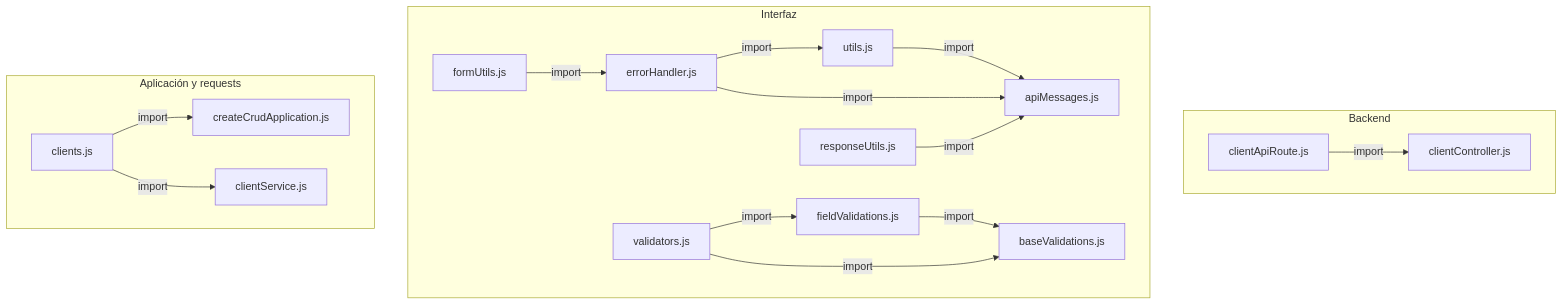
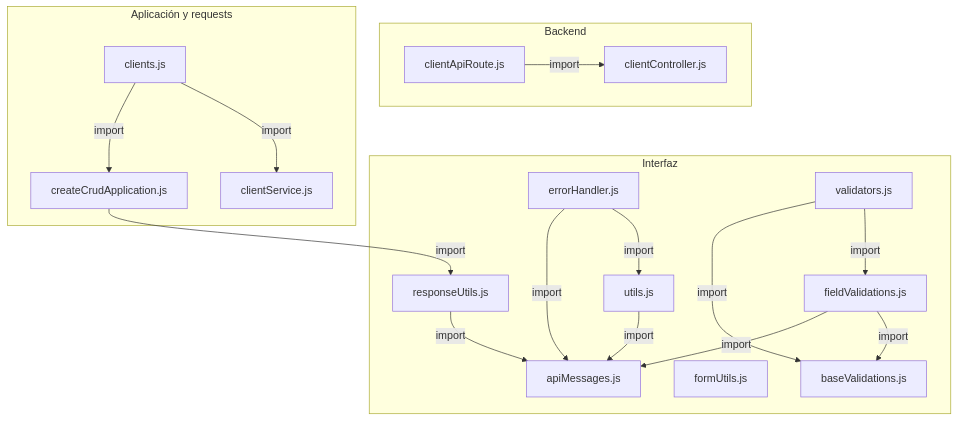
Before and after one commit to gpgsistemas01/nexus: the first of 2 diagrams in docs/architecture/views/processes/frontend-code-sequences/catalogs/cu-cat-07.md, drawn with Mermaid. The commit also changed 200 other files, not shown here.

````diff
--- a/docs/architecture/views/processes/frontend-code-sequences/catalogs/cu-cat-07.md
+++ b/docs/architecture/views/processes/frontend-code-sequences/catalogs/cu-cat-07.md
@@ -50,33 +50,34 @@
 ```mermaid
 flowchart TB
     subgraph Component0["Backend"]
         FileClientController["clientController.js"]
         Transport["clientApiRoute.js"]
     end
     subgraph Component1["Interfaz"]
         FileUtils["utils.js"]
         FileApiMessages["apiMessages.js"]
         FormUtils["formUtils.js"]
         FileErrorHandler["errorHandler.js"]
         FileResponseUtils["responseUtils.js"]
         FileBaseValidations["baseValidations.js"]
         FileFieldValidations["fieldValidations.js"]
         FileValidators["validators.js"]
     end
     subgraph Component2["Aplicación y requests"]
         Application["createCrudApplication.js"]
         FileClients["clients.js"]
         Request["clientService.js"]
     end
-    FileUtils -->|import| FileApiMessages
+    Application -->|import| FileResponseUtils
+    FileClients -->|import| Application
     FileClients -->|import| Request
-    FileClients -->|import| Application
-    FormUtils -->|import| FileErrorHandler
     FileErrorHandler -->|import| FileApiMessages
     FileErrorHandler -->|import| FileUtils
+    FileFieldValidations -->|import| FileApiMessages
+    FileFieldValidations -->|import| FileBaseValidations
     FileResponseUtils -->|import| FileApiMessages
-    FileFieldValidations -->|import| FileBaseValidations
+    FileUtils -->|import| FileApiMessages
     FileValidators -->|import| FileBaseValidations
     FileValidators -->|import| FileFieldValidations
     Transport -->|import| FileClientController
 ```
````
